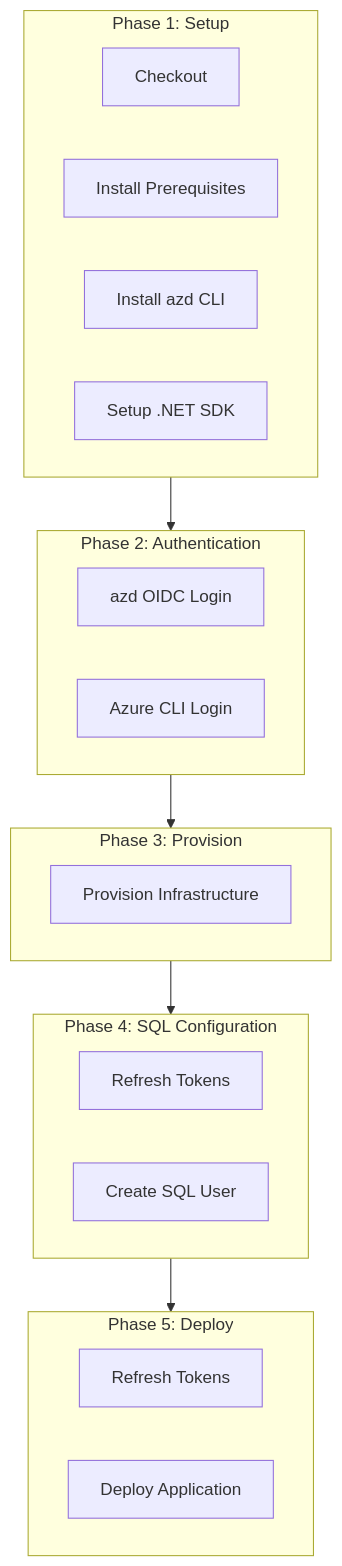
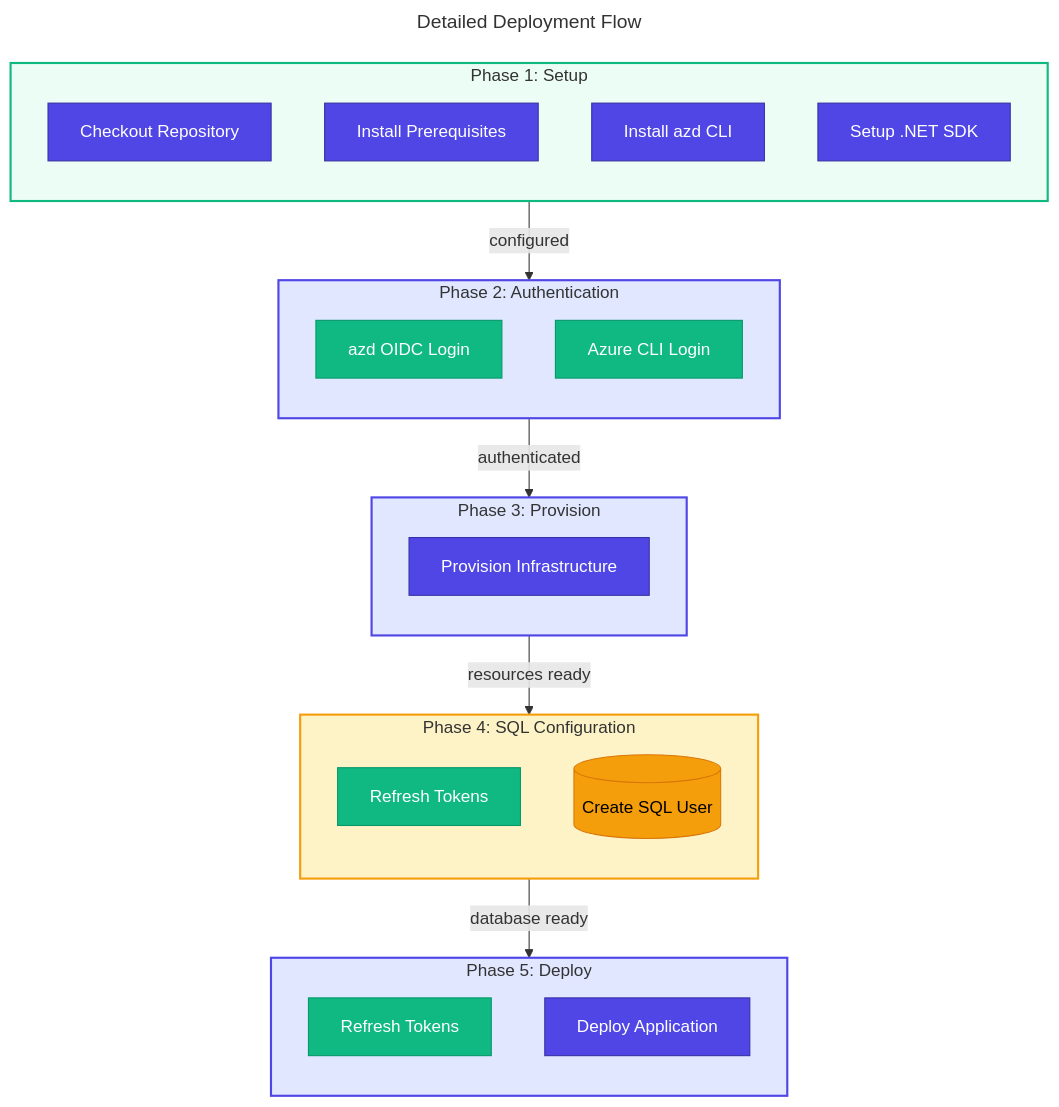
One commit to Evilazaro/Azure-LogicApps-Monitoring changed the second of 2 diagrams in docs/devops/azure-dev.md. Above: the diagram before and after it, drawn with Mermaid. The commit also changed other lines of this file and 3 other files, not shown here.

Commit message:
docs: Update DevOps documentation with enhanced Mermaid diagrams for CI/CD workflows

````diff
--- a/docs/devops/azure-dev.md
+++ b/docs/devops/azure-dev.md
@@ -124,33 +154,65 @@
 ```mermaid
+---
+title: Detailed Deployment Flow
+---
 flowchart TD
+    %% ===== PHASE 1: SETUP =====
     subgraph setup["Phase 1: Setup"]
-        checkout["Checkout"]
-        prereqs["Install Prerequisites"]
-        azd_install["Install azd CLI"]
-        dotnet_setup["Setup .NET SDK"]
+        direction TB
+        checkout["Checkout Repository"]:::primary
+        prereqs["Install Prerequisites"]:::primary
+        azdInstall["Install azd CLI"]:::primary
+        dotnetSetup["Setup .NET SDK"]:::primary
     end
 
+    %% ===== PHASE 2: AUTHENTICATION =====
     subgraph auth["Phase 2: Authentication"]
-        azd_login["azd OIDC Login"]
-        az_login["Azure CLI Login"]
+        direction TB
+        azdLogin["azd OIDC Login"]:::secondary
+        azLogin["Azure CLI Login"]:::secondary
     end
 
+    %% ===== PHASE 3: PROVISION =====
     subgraph provision["Phase 3: Provision"]
-        infra["Provision Infrastructure"]
+        direction TB
+        infra["Provision Infrastructure"]:::primary
     end
 
-    subgraph sql_config["Phase 4: SQL Configuration"]
-        refresh_pre["Refresh Tokens"]
-        sql_user["Create SQL User"]
+    %% ===== PHASE 4: SQL CONFIGURATION =====
+    subgraph sqlConfig["Phase 4: SQL Configuration"]
+        direction TB
+        refreshPre["Refresh Tokens"]:::secondary
+        sqlUser[("Create SQL User")]:::datastore
     end
 
-    subgraph deploy["Phase 5: Deploy"]
-        refresh_post["Refresh Tokens"]
-        app_deploy["Deploy Application"]
+    %% ===== PHASE 5: DEPLOY =====
+    subgraph deployPhase["Phase 5: Deploy"]
+        direction TB
+        refreshPost["Refresh Tokens"]:::secondary
+        appDeploy["Deploy Application"]:::primary
     end
 
-    setup --> auth
-    auth --> provision
-    provision --> sql_config
-    sql_config --> deploy
+    %% ===== CONNECTIONS =====
+    setup -->|configured| auth
+    auth -->|authenticated| provision
+    provision -->|resources ready| sqlConfig
+    sqlConfig -->|database ready| deployPhase
+
+    %% ===== NODE STYLES =====
+    classDef primary fill:#4F46E5,stroke:#3730A3,color:#FFFFFF
+    classDef secondary fill:#10B981,stroke:#059669,color:#FFFFFF
+    classDef datastore fill:#F59E0B,stroke:#D97706,color:#000000
+    classDef external fill:#6B7280,stroke:#4B5563,color:#FFFFFF,stroke-dasharray:5 5
+    classDef failed fill:#F44336,stroke:#C62828,color:#FFFFFF
+    classDef trigger fill:#818CF8,stroke:#4F46E5,color:#FFFFFF
+    classDef decision fill:#FFFBEB,stroke:#F59E0B,color:#000000
+    classDef input fill:#F3F4F6,stroke:#6B7280,color:#000000
+    classDef matrix fill:#D1FAE5,stroke:#10B981,color:#000000
+
+    %% ===== SUBGRAPH STYLES =====
+    style setup fill:#ECFDF5,stroke:#10B981,stroke-width:2px
+    style auth fill:#E0E7FF,stroke:#4F46E5,stroke-width:2px
+    style provision fill:#E0E7FF,stroke:#4F46E5,stroke-width:2px
+    style sqlConfig fill:#FEF3C7,stroke:#F59E0B,stroke-width:2px
+    style deployPhase fill:#E0E7FF,stroke:#4F46E5,stroke-width:2px
 ```
````
